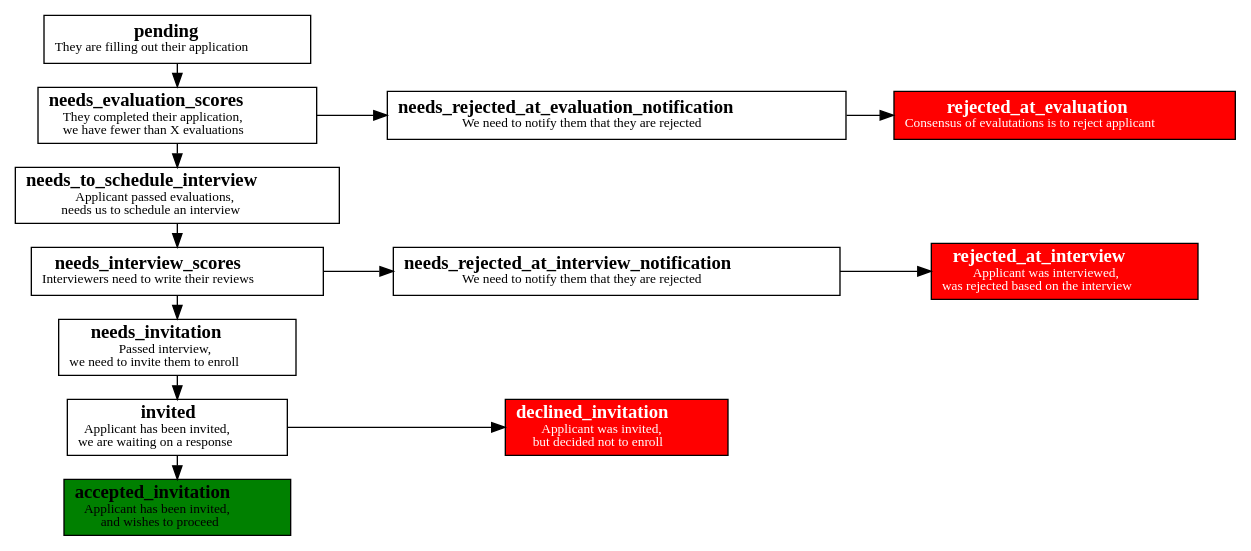
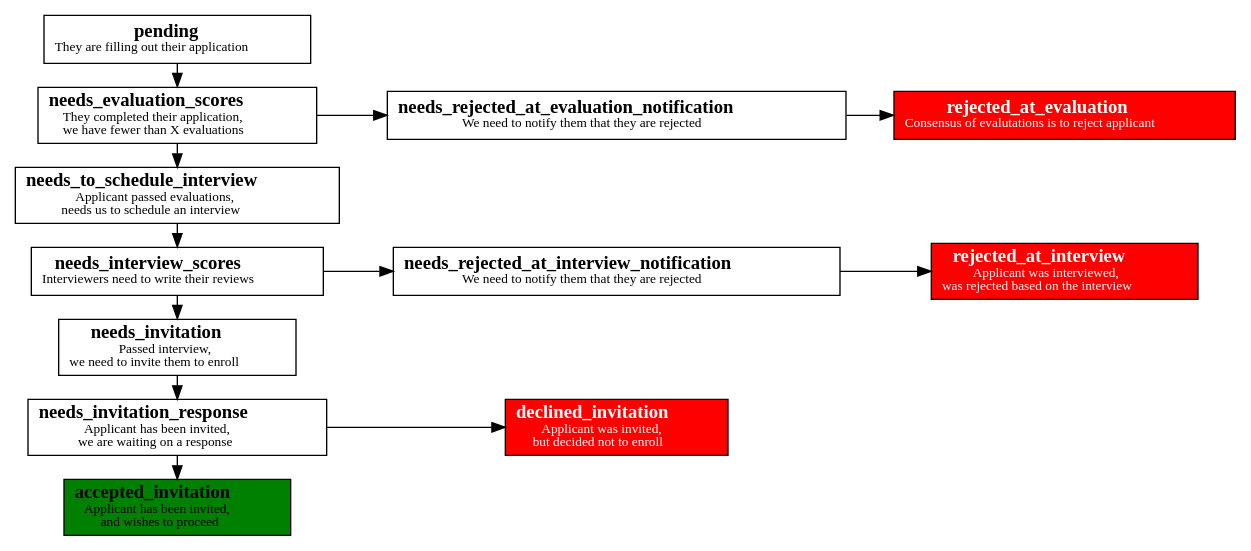
The diagram in docs/application_state_machine.gv (turingschool/identity), drawn with Graphviz before and after one commit. The commit also changed 1 other file, not shown here.

Commit message:
Rename "invited" state to "needs_invitation_response"

```diff
--- a/docs/application_state_machine.gv
+++ b/docs/application_state_machine.gv
@@ -1,94 +1,94 @@
 // http://www.graphviz.org/doc/info/attrs.html
 digraph finite_state_machine {
   node [shape = box];
   rankdir = LR;
 
   // the nodes
 
   pending [
     label=<<b>pending</b><br /><font point-size="10">They are filling out their application</font>>
   ];
 
   needs_evaluation_scores [
     label=<<b>needs_evaluation_scores</b><br /><font point-size="10">They completed their application,<br />we have fewer than X evaluations</font>>
   ];
 
   needs_to_schedule_interview [
     label=<<b>needs_to_schedule_interview</b><br /><font point-size="10">Applicant passed evaluations,<br />needs us to schedule an interview</font>>
   ];
 
   needs_interview_scores [
     label=<<b>needs_interview_scores</b><br /><font point-size="10">Interviewers need to write their reviews</font>>
   ];
 
   needs_invitation [
     label=<<b>needs_invitation</b><br /><font point-size="10">Passed interview,<br />we need to invite them to enroll</font>>
   ];
 
-  invited [
-    label=<<b>invited</b><br /><font point-size="10">Applicant has been invited,<br />we are waiting on a response</font>>
+  needs_invitation_response [
+    label=<<b>needs_invitation_response</b><br /><font point-size="10">Applicant has been invited,<br />we are waiting on a response</font>>
   ];
 
   needs_rejected_at_evaluation_notification [
     label=<<b>needs_rejected_at_evaluation_notification</b><br /><font point-size="10">We need to notify them that they are rejected</font>>
   ];
 
   needs_rejected_at_interview_notification [
     label=<<b>needs_rejected_at_interview_notification</b><br /><font point-size="10">We need to notify them that they are rejected</font>>
   ];
 
   rejected_at_evaluation [
     style     = filled,
     fillcolor = red,
     fontcolor = white,
     label=<<b>rejected_at_evaluation</b><br /><font point-size="10">Consensus of evalutations is to reject applicant</font>>
   ];
 
   rejected_at_interview [
     style     = filled,
     fillcolor = red,
     fontcolor = white,
     label=<<b>rejected_at_interview</b><br /><font point-size="10">Applicant was interviewed,<br />was rejected based on the interview</font>>
   ];
 
   declined_invitation [
     style     = filled,
     fillcolor = red,
     fontcolor = white,
     label=<<b>declined_invitation</b><br /><font point-size="10">Applicant was invited,<br />but decided not to enroll</font>>
   ];
 
   accepted_invitation [
     style     = filled,
     fillcolor = green,
     label=<<b>accepted_invitation</b><br /><font point-size="10">Applicant has been invited,<br />and wishes to proceed</font>>
   ];
 
   // the flow
 
   subgraph happy_path  {
     pending
       -> needs_evaluation_scores
       -> needs_to_schedule_interview
       -> needs_interview_scores
       -> needs_invitation
-      -> invited
+      -> needs_invitation_response
       -> accepted_invitation [constraint = false];
   }
 
   subgraph fail_evaluation  {
     needs_evaluation_scores
       -> needs_rejected_at_evaluation_notification
       -> rejected_at_evaluation;
   }
 
   subgraph fail_interview  {
     needs_interview_scores
       -> needs_rejected_at_interview_notification
       -> rejected_at_interview;
   }
 
   subgraph decline_invitation  {
-    invited -> declined_invitation;
+    needs_invitation_response -> declined_invitation;
   }
 }
```
